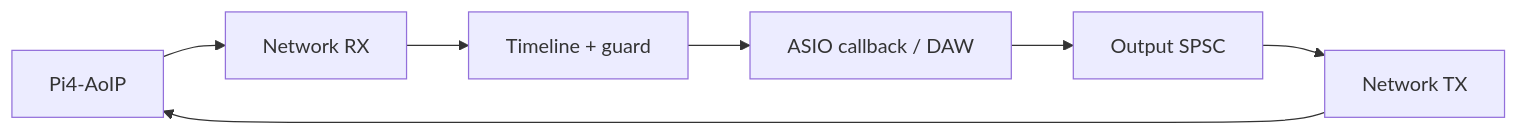
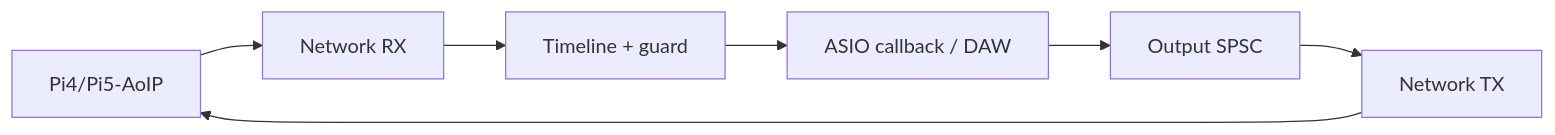
One commit to danrey-bilo/Rey-Audio-Driver-win changed the diagram in README.ru.md. Above: the diagram before and after it, drawn with Mermaid. The commit also changed other lines of this file and 10 other files, not shown here.

````diff
--- a/README.ru.md
+++ b/README.ru.md
@@ -29,9 +31,9 @@
 ```mermaid
 flowchart LR
-  PI[Pi4-AoIP] --> RX[Network RX]
+  PI[Pi4/Pi5-AoIP] --> RX[Network RX]
   RX --> T[Timeline + guard]
   T --> A[ASIO callback / DAW]
   A --> Q[Output SPSC]
   Q --> TX[Network TX]
   TX --> PI
 ```
````
